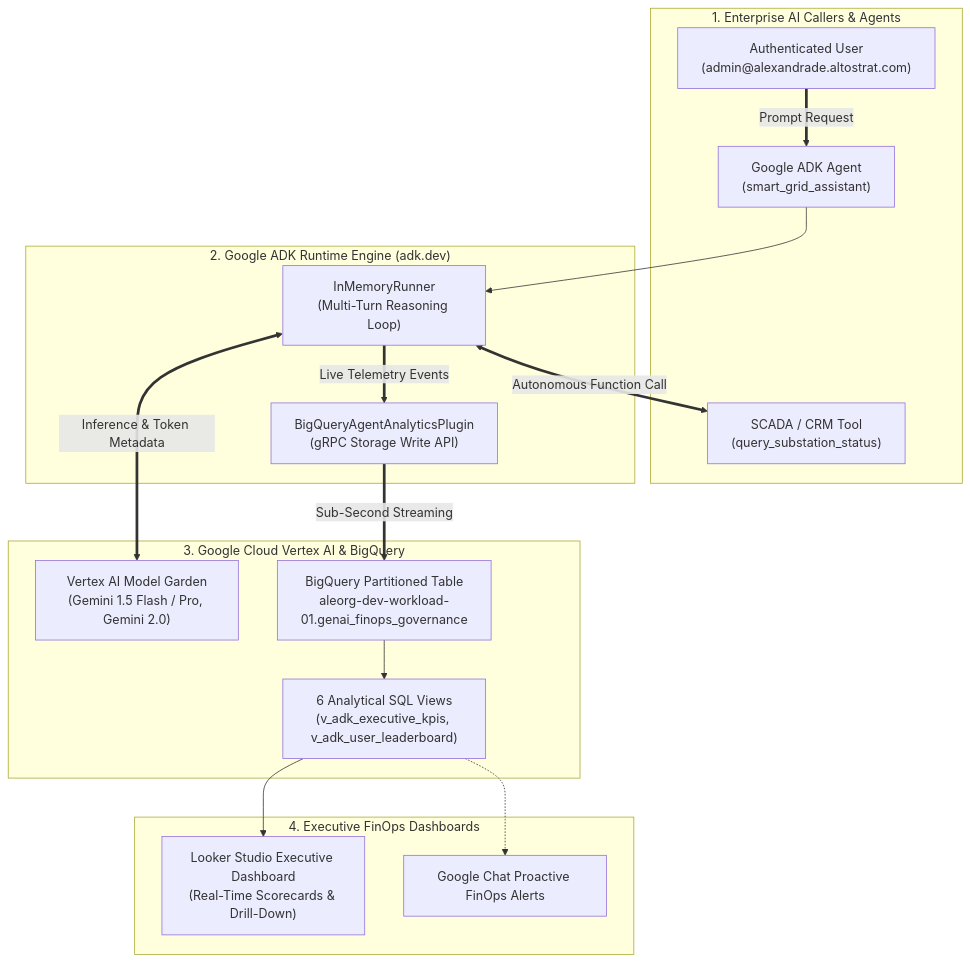
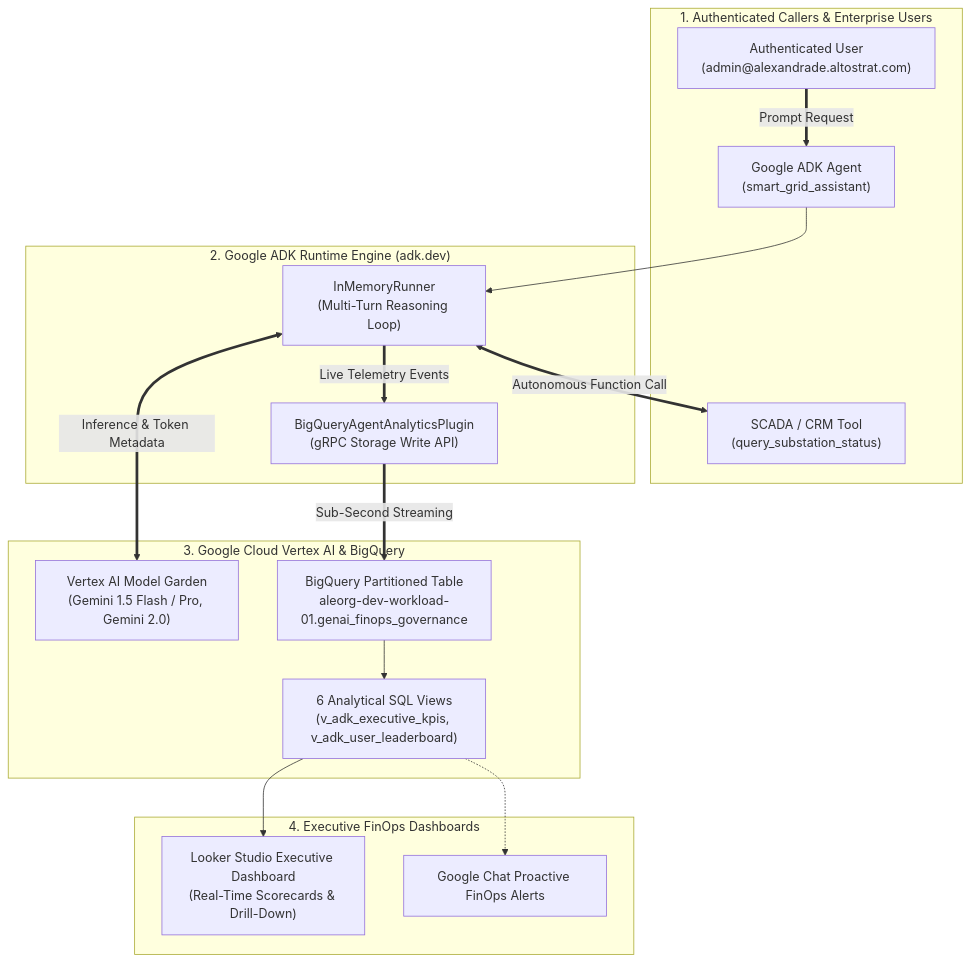
The diagram in README.md (aleandrade-labs/genai-token-governance), drawn with Mermaid before and after one commit. The commit also changed other lines of this file and 4 other files, not shown here.

Commit message:
docs: add official Google Cloud architecture diagrams (SVG & Diagrams-as-Code)

````diff
--- a/README.md
+++ b/README.md
@@ -42,34 +46,34 @@
 ```mermaid
 flowchart TD
-    subgraph CALLERS["1. Enterprise AI Callers & Agents"]
+    subgraph CALLERS["1. Authenticated Callers & Enterprise Users"]
         USER["Authenticated User<br/>(admin@alexandrade.altostrat.com)"]
         AGENT["Google ADK Agent<br/>(smart_grid_assistant)"]
         TOOL["SCADA / CRM Tool<br/>(query_substation_status)"]
     end
 
     subgraph ADK["2. Google ADK Runtime Engine (adk.dev)"]
         RUNNER["InMemoryRunner<br/>(Multi-Turn Reasoning Loop)"]
         PLUGIN["BigQueryAgentAnalyticsPlugin<br/>(gRPC Storage Write API)"]
     end
 
     subgraph GCP["3. Google Cloud Vertex AI & BigQuery"]
         VERTEX["Vertex AI Model Garden<br/>(Gemini 1.5 Flash / Pro, Gemini 2.0)"]
         BQ_TABLE["BigQuery Partitioned Table<br/>aleorg-dev-workload-01.genai_finops_governance"]
         BQ_VIEWS["6 Analytical SQL Views<br/>(v_adk_executive_kpis, v_adk_user_leaderboard)"]
     end
 
     subgraph BI["4. Executive FinOps Dashboards"]
         LOOKER["Looker Studio Executive Dashboard<br/>(Real-Time Scorecards & Drill-Down)"]
         CHAT["Google Chat Proactive FinOps Alerts"]
     end
 
     USER ==>|Prompt Request| AGENT
     AGENT --> RUNNER
     RUNNER <==>|Inference & Token Metadata| VERTEX
     RUNNER <==>|Autonomous Function Call| TOOL
     RUNNER ==>|Live Telemetry Events| PLUGIN
     PLUGIN ==>|Sub-Second Streaming| BQ_TABLE
     BQ_TABLE --> BQ_VIEWS
     BQ_VIEWS --> LOOKER
     BQ_VIEWS -.-> CHAT
 ```
````
